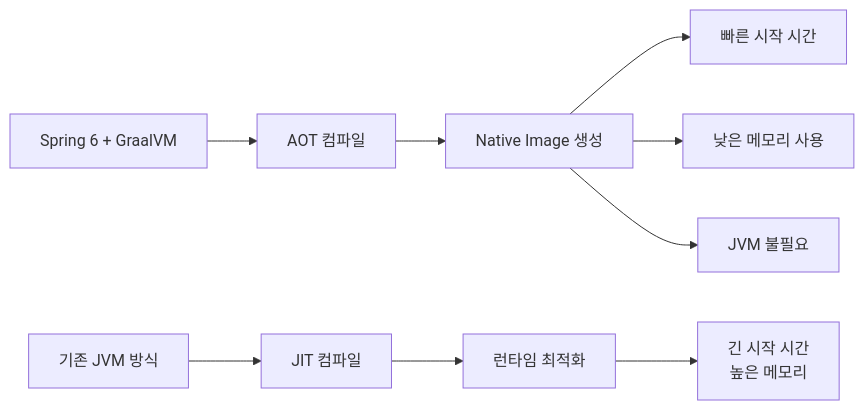
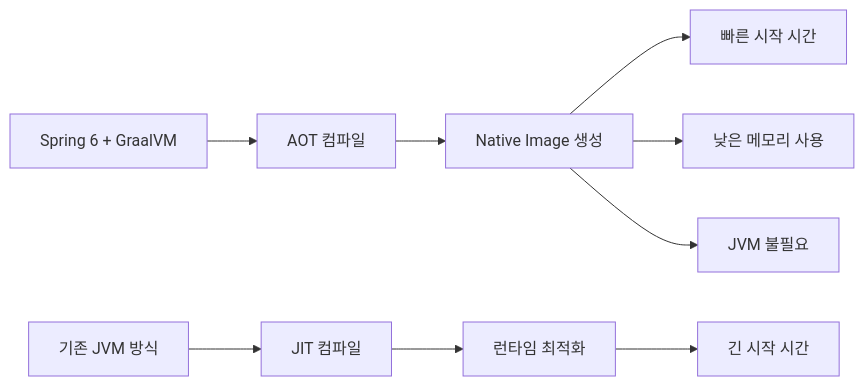
Before and after one commit to yjkim2015/yjkim2015.github.io: the fifth of 7 diagrams in _posts/spring/2026-05-02-spring6-principles.md, drawn with Mermaid. The commit also changed other lines of this file and 217 other files, not shown here.

First line of the commit message:
Mermaid 크기 수정: useMaxWidth:true + SVG max-width:100% + 라벨 축소

````diff
--- a/_posts/spring/2026-05-02-spring6-principles.md
+++ b/_posts/spring/2026-05-02-spring6-principles.md
@@ -344,11 +344,11 @@
 ```mermaid
 graph LR
     A[Spring 6 + GraalVM] --> B["AOT 컴파일"]
     B --> C["Native Image 생성"]
     C --> D["빠른 시작 시간"]
     C --> E["낮은 메모리 사용"]
     C --> F["JVM 불필요"]
     G["기존 JVM 방식"] --> H["JIT 컴파일"]
     H --> I["런타임 최적화"]
-    I --> J["긴 시작 시간\n높은 메모리"]
+    I --> J["긴 시작 시간"]
 ```
````
